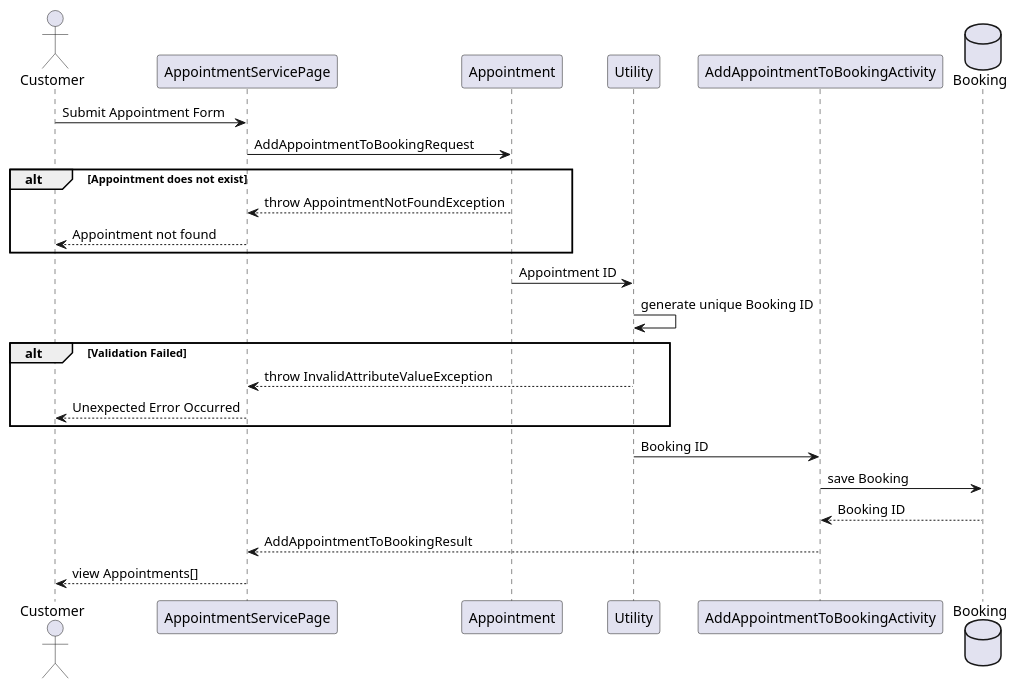
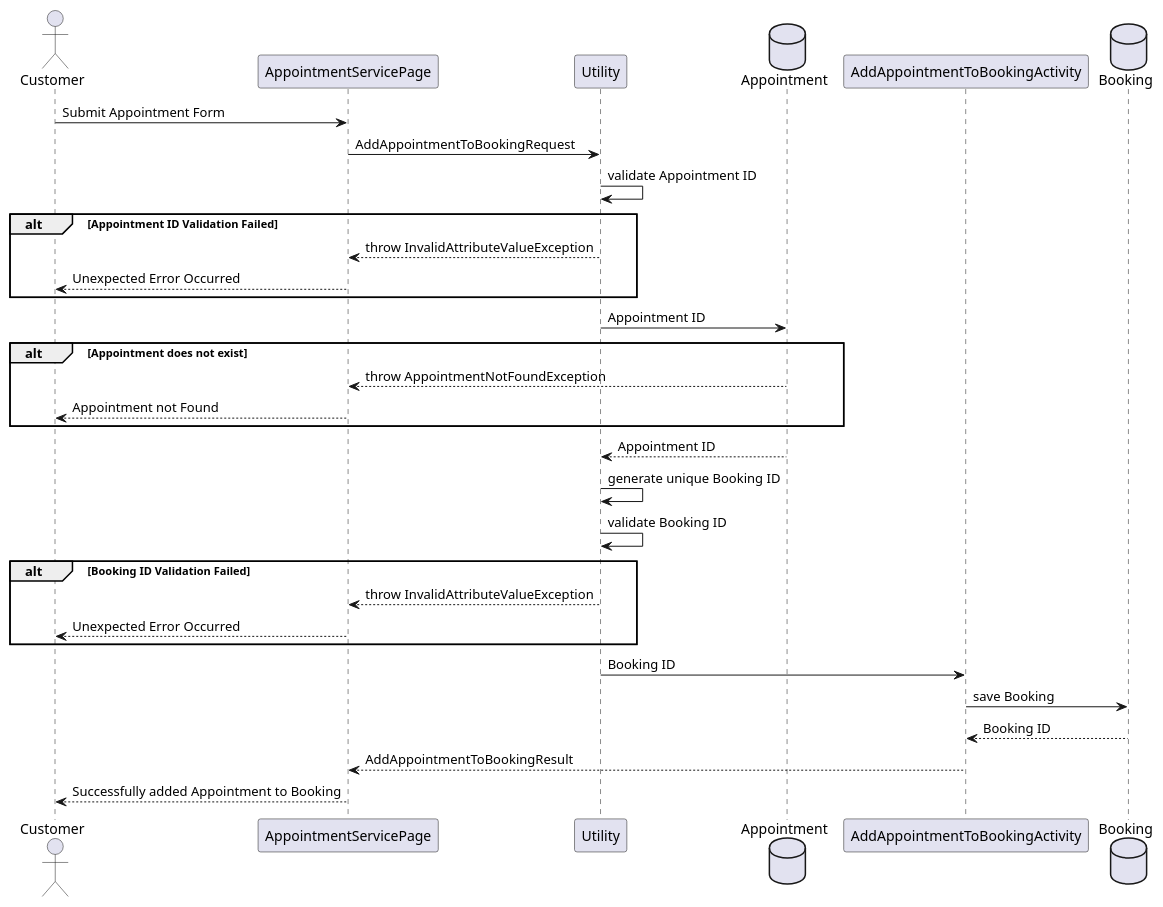
One commit to BloomTechBackend/bd-team-project-support-zebra changed the diagram in project_documents/SequenceDiagrams/AddBookingAppointment.puml. Above: the diagram before and after it, drawn with PlantUML. The commit also changed 2 other files, not shown here.

Commit message:
Finished Update BookingAppointment

```diff
--- a/project_documents/SequenceDiagrams/AddBookingAppointment.puml
+++ b/project_documents/SequenceDiagrams/AddBookingAppointment.puml
@@ -1,30 +1,40 @@
 @startuml
 actor Customer
 participant AppointmentServicePage
-participant Appointment
 participant Utility
+database Appointment
 participant AddAppointmentToBookingActivity
 database Booking
 
 Customer -> AppointmentServicePage : Submit Appointment Form
-AppointmentServicePage -> Appointment : AddAppointmentToBookingRequest
+AppointmentServicePage -> Utility : AddAppointmentToBookingRequest
+Utility -> Utility : validate Appointment ID
+
+alt Appointment ID Validation Failed
+AppointmentServicePage <-- Utility : throw InvalidAttributeValueException
+Customer <-- AppointmentServicePage : Unexpected Error Occurred
+end
+
+Utility -> Appointment : Appointment ID
 
 alt Appointment does not exist
 AppointmentServicePage <-- Appointment : throw AppointmentNotFoundException
-Customer <-- AppointmentServicePage : Appointment not found
+Customer <-- AppointmentServicePage : Appointment not Found
 end
 
-Appointment -> Utility : Appointment ID
+Utility <-- Appointment : Appointment ID
 Utility -> Utility : generate unique Booking ID
+Utility -> Utility : validate Booking ID
 
-alt Validation Failed
+
+alt Booking ID Validation Failed
 AppointmentServicePage <-- Utility : throw InvalidAttributeValueException
 Customer <-- AppointmentServicePage : Unexpected Error Occurred
 end
 
 Utility -> AddAppointmentToBookingActivity : Booking ID
 AddAppointmentToBookingActivity -> Booking : save Booking
 AddAppointmentToBookingActivity <-- Booking : Booking ID
 AppointmentServicePage <-- AddAppointmentToBookingActivity : AddAppointmentToBookingResult
-Customer <-- AppointmentServicePage : view Appointments[]
+Customer <-- AppointmentServicePage : Successfully added Appointment to Booking
 @enduml
```
